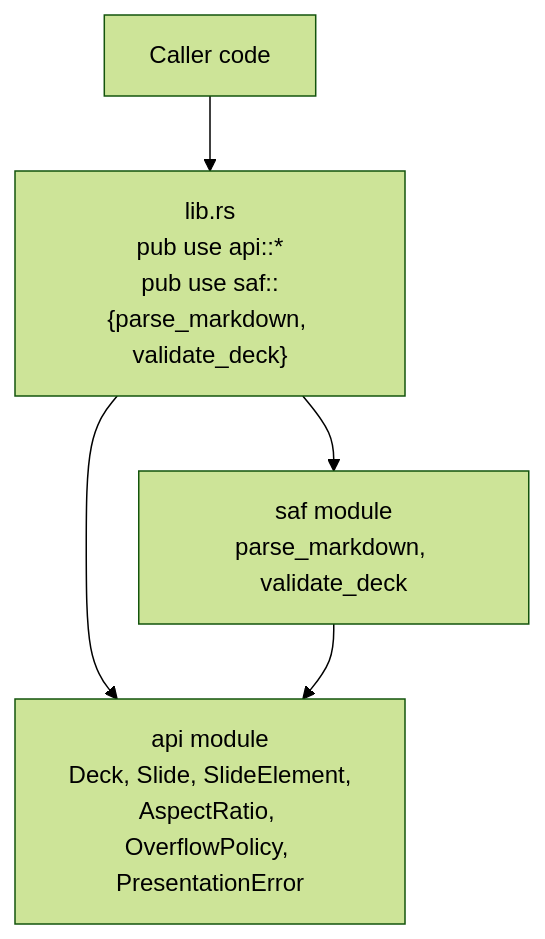
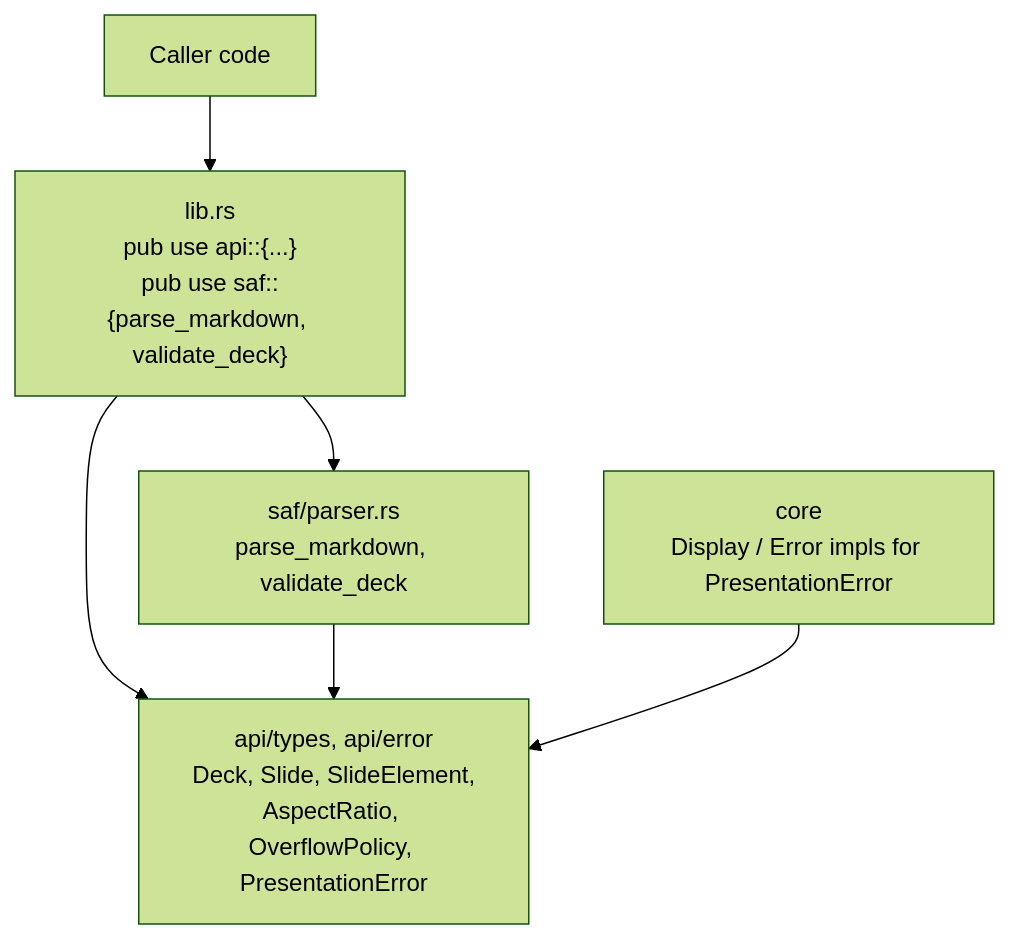
The first of 2 diagrams in docs/3-design/architecture.md (sweengineeringlabs/pdf-engine-presentation), drawn with Mermaid (forest theme) before and after one commit. The commit also changed other lines of this file and 24 other files, not shown here.

````diff
--- a/docs/3-design/architecture.md
+++ b/docs/3-design/architecture.md
@@ -17,12 +21,14 @@
 ```mermaid
 graph TD
     Caller["Caller code"]
-    Lib["lib.rs<br/>pub use api::*<br/>pub use saf::{parse_markdown, validate_deck}"]
-    Api["api module<br/>Deck, Slide, SlideElement,<br/>AspectRatio, OverflowPolicy, PresentationError"]
-    Saf["saf module<br/>parse_markdown, validate_deck"]
+    Lib["lib.rs<br/>pub use api::{...}<br/>pub use saf::{parse_markdown, validate_deck}"]
+    Api["api/types, api/error<br/>Deck, Slide, SlideElement,<br/>AspectRatio, OverflowPolicy, PresentationError"]
+    Core["core<br/>Display / Error impls for PresentationError"]
+    Saf["saf/parser.rs<br/>parse_markdown, validate_deck"]
 
     Caller --> Lib
     Lib --> Api
     Lib --> Saf
     Saf --> Api
+    Core --> Api
 ```
````
